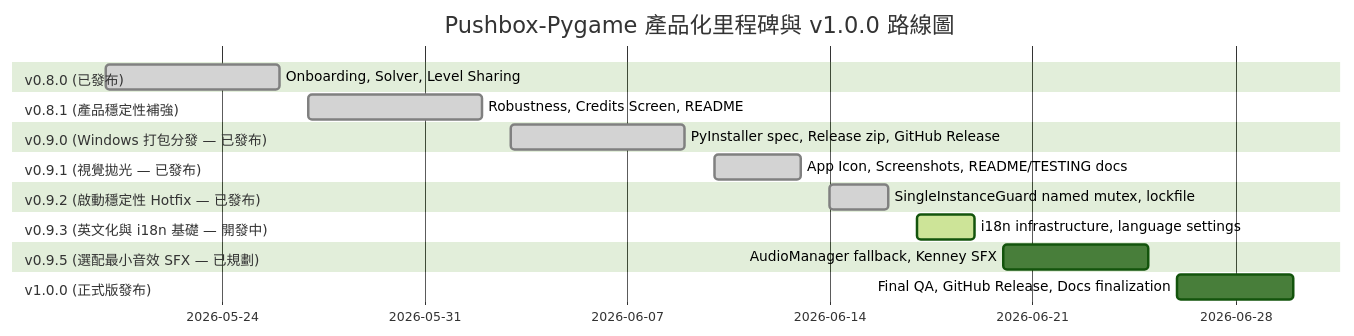
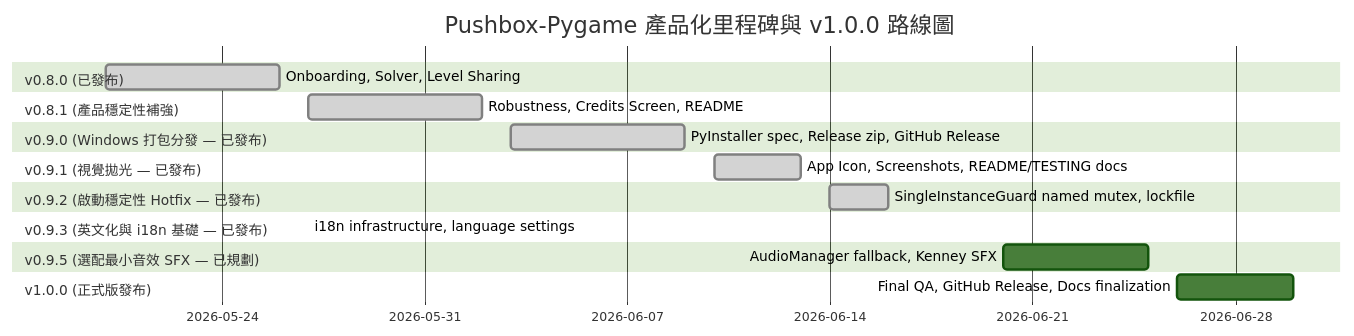
Before and after one commit to YI-TING-EE13/Pushbox-Pygame: the diagram in DEVELOPMENT.md, drawn with Mermaid (forest theme). The commit also changed other lines of this file and 3 other files, not shown here.

````diff
--- a/DEVELOPMENT.md
+++ b/DEVELOPMENT.md
@@ -167,21 +167,21 @@
 ```mermaid
 gantt
     title Pushbox-Pygame 產品化里程碑與 v1.0.0 路線圖
     dateFormat  YYYY-MM-DD
     section v0.8.0 (已發布)
     Onboarding, Solver, Level Sharing :done, 2026-05-20, 2026-05-26
     section v0.8.1 (產品穩定性補強)
     Robustness, Credits Screen, README :done, 2026-05-27, 2026-06-02
     section v0.9.0 (Windows 打包分發 — 已發布)
     PyInstaller spec, Release zip, GitHub Release :done, 2026-06-03, 2026-06-09
     section v0.9.1 (視覺拋光 — 已發布)
     App Icon, Screenshots, README/TESTING docs :done, 2026-06-10, 2026-06-13
     section v0.9.2 (啟動穩定性 Hotfix — 已發布)
     SingleInstanceGuard named mutex, lockfile :done, 2026-06-14, 2026-06-16
-    section v0.9.3 (英文化與 i18n 基礎 — 開發中)
-    i18n infrastructure, language settings :active, 2026-06-17, 2026-06-19
+    section v0.9.3 (英文化與 i18n 基礎 — 已發布)
+    i18n infrastructure, language settings :done, 2026-05-27, 2026-05-27
     section v0.9.5 (選配最小音效 SFX — 已規劃)
     AudioManager fallback, Kenney SFX : 2026-06-20, 2026-06-25
     section v1.0.0 (正式版發布)
     Final QA, GitHub Release, Docs finalization : 2026-06-26, 2026-06-30
 ```
````
